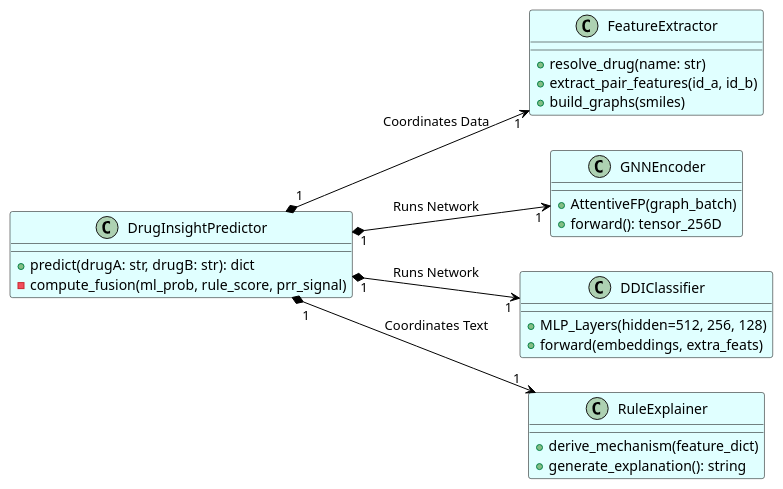
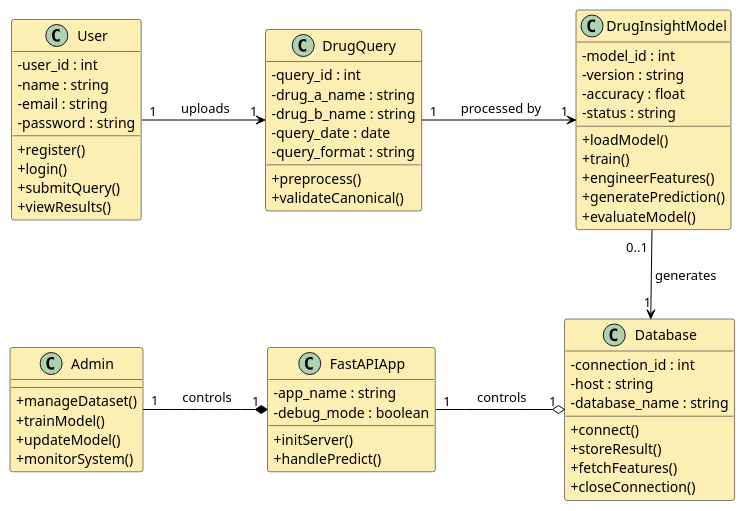
Before and after one commit to motassimkhan/DrugInsightv2: the diagram in presentation/diagram_class.puml, drawn with PlantUML. The commit also changed 11 other files, not shown here.

Commit message:
docs: add system diagrams, project documentation, and update IEEE paper draft

```diff
--- a/presentation/diagram_class.puml
+++ b/presentation/diagram_class.puml
@@ -1,40 +1,79 @@
 @startuml
-left to right direction
+skinparam nodesep 70
+skinparam ranksep 70
 skinparam class {
-    BackgroundColor LightCyan
+    BackgroundColor #FCEFB4
     BorderColor Black
     ArrowColor Black
+    AttributeIconSize 0
 }
 
-class DrugInsightPredictor {
-  +predict(drugA: str, drugB: str): dict
-  -compute_fusion(ml_prob, rule_score, prr_signal)
+class User {
+  - user_id : int
+  - name : string
+  - email : string
+  - password : string
+  + register()
+  + login()
+  + submitQuery()
+  + viewResults()
 }
 
-class FeatureExtractor {
-  +resolve_drug(name: str)
-  +extract_pair_features(id_a, id_b)
-  +build_graphs(smiles)
+class DrugQuery {
+  - query_id : int
+  - drug_a_name : string
+  - drug_b_name : string
+  - query_date : date
+  - query_format : string
+  + preprocess()
+  + validateCanonical()
 }
 
-class GNNEncoder {
-  +AttentiveFP(graph_batch)
-  +forward(): tensor_256D
+class DrugInsightModel {
+  - model_id : int
+  - version : string
+  - accuracy : float
+  - status : string
+  + loadModel()
+  + train()
+  + engineerFeatures()
+  + generatePrediction()
+  + evaluateModel()
 }
 
-class DDIClassifier {
-  +MLP_Layers(hidden=512, 256, 128)
-  +forward(embeddings, extra_feats)
+class Admin {
+  + manageDataset()
+  + trainModel()
+  + updateModel()
+  + monitorSystem()
 }
 
-class RuleExplainer {
-  +derive_mechanism(feature_dict)
-  +generate_explanation(): string
+class FastAPIApp {
+  - app_name : string
+  - debug_mode : boolean
+  + initServer()
+  + handlePredict()
 }
 
-DrugInsightPredictor "1" *--> "1" FeatureExtractor : Coordinates Data
-DrugInsightPredictor "1" *--> "1" RuleExplainer : Coordinates Text
-DrugInsightPredictor "1" *--> "1" GNNEncoder : Runs Network
-DrugInsightPredictor "1" *--> "1" DDIClassifier : Runs Network
+class Database {
+  - connection_id : int
+  - host : string
+  - database_name : string
+  + connect()
+  + storeResult()
+  + fetchFeatures()
+  + closeConnection()
+}
+
+User "1 " -right-> " 1" DrugQuery : " uploads"
+DrugQuery "1 " -right-> " 1" DrugInsightModel : " processed by"
+
+Admin "1 " -right-* " 1" FastAPIApp : " controls"
+FastAPIApp "1 " -right-o " 1" Database : " controls"
+
+User -[hidden]down-> Admin
+DrugQuery -[hidden]down-> FastAPIApp
+
+DrugInsightModel "0..1 " -down-> " 1" Database : " generates"
 
 @enduml
```
